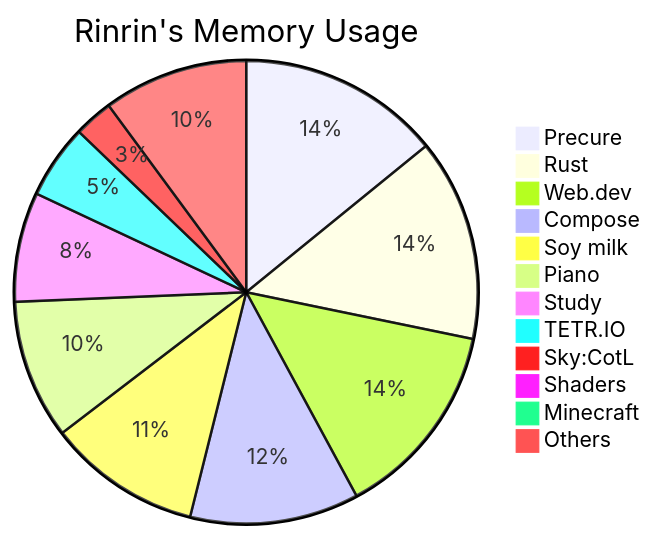
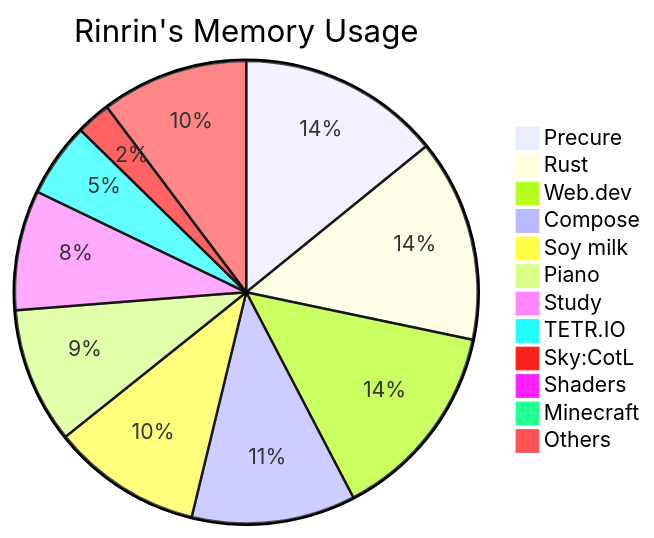
The diagram in README.md (Rinrin0413/Rinrin0413), drawn with Mermaid before and after one commit.

Commit message:
🛠 Update: Rinrin's Memory Usage

````diff
--- a/README.md
+++ b/README.md
@@ -76,15 +76,15 @@
 ```mermaid
 pie title Rinrin's Memory Usage
-    "Precure": 587
+    "Precure": 586
     "Rust": 586
-    "Web.dev": 576
-    "Compose": 490
-    "Soy milk": 445
-    "Piano": 404
-    "Study": 318
+    "Web.dev": 582
+    "Compose": 474
+    "Soy milk": 434
+    "Piano": 393
+    "Study": 347
     "TETR.IO": 215
-    "Sky:CotL": 113
+    "Sky:CotL": 100
     "Shaders": 30
     "Minecraft": 30
-    "Others": 420
+    "Others": 425
 ```
````
